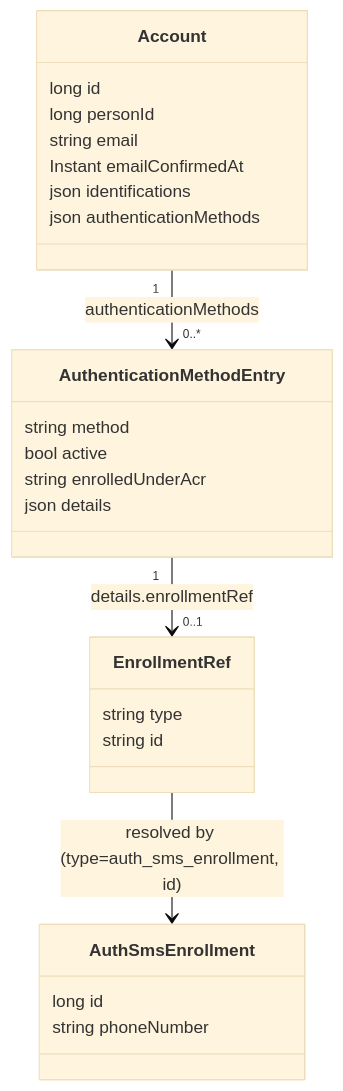
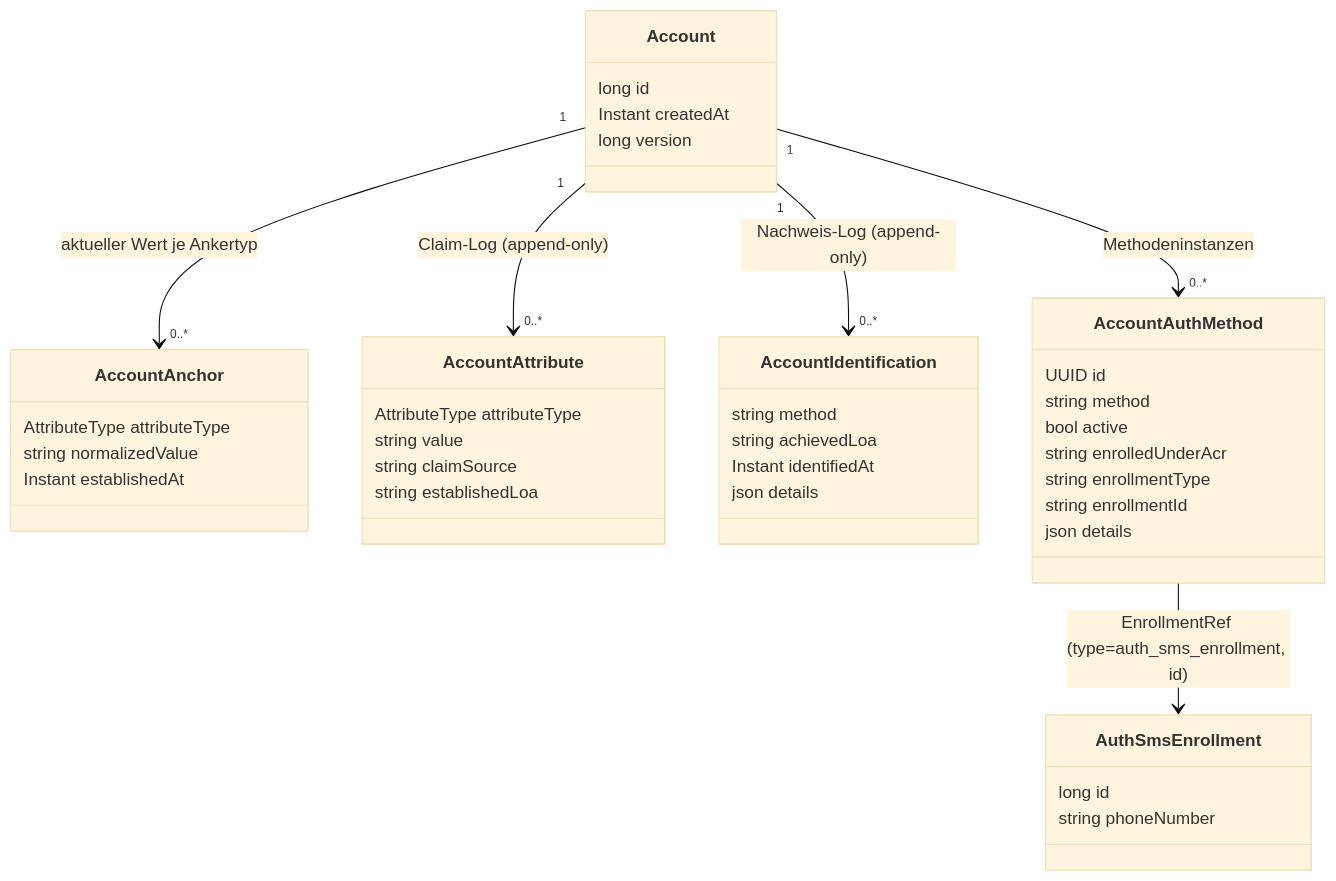
Before and after one commit to rpreissel/DPoP-demo: the diagram in docs/06-ablaeufe.md, drawn with Mermaid (base theme). The commit also changed other lines of this file and 157 other files, not shown here.

First line of the commit message:
refactor: DB-Schema und Kontomodell konsolidiert (38 -> 2 Migrationen)

````diff
--- a/docs/06-ablaeufe.md
+++ b/docs/06-ablaeufe.md
@@ -11,29 +11,44 @@
 ```mermaid
 classDiagram
   class Account {
     long id
-    long personId
-    string email
-    Instant emailConfirmedAt
-    json identifications
-    json authenticationMethods
+    Instant createdAt
+    long version
   }
-  class AuthenticationMethodEntry {
+  class AccountAnchor {
+    AttributeType attributeType
+    string normalizedValue
+    Instant establishedAt
+  }
+  class AccountAttribute {
+    AttributeType attributeType
+    string value
+    string claimSource
+    string establishedLoa
+  }
+  class AccountIdentification {
+    string method
+    string achievedLoa
+    Instant identifiedAt
+    json details
+  }
+  class AccountAuthMethod {
+    UUID id
     string method
     bool active
     string enrolledUnderAcr
+    string enrollmentType
+    string enrollmentId
     json details
-  }
-  class EnrollmentRef {
-    string type
-    string id
   }
   class AuthSmsEnrollment {
     long id
     string phoneNumber
   }
 
-  Account "1" --> "0..*" AuthenticationMethodEntry : authenticationMethods
-  AuthenticationMethodEntry "1" --> "0..1" EnrollmentRef : details.enrollmentRef
-  EnrollmentRef --> AuthSmsEnrollment : resolved by (type=auth_sms_enrollment, id)
+  Account "1" --> "0..*" AccountAnchor : aktueller Wert je Ankertyp
+  Account "1" --> "0..*" AccountAttribute : Claim-Log (append-only)
+  Account "1" --> "0..*" AccountIdentification : Nachweis-Log (append-only)
+  Account "1" --> "0..*" AccountAuthMethod : Methodeninstanzen
+  AccountAuthMethod --> AuthSmsEnrollment : EnrollmentRef (type=auth_sms_enrollment, id)
 ```
````
